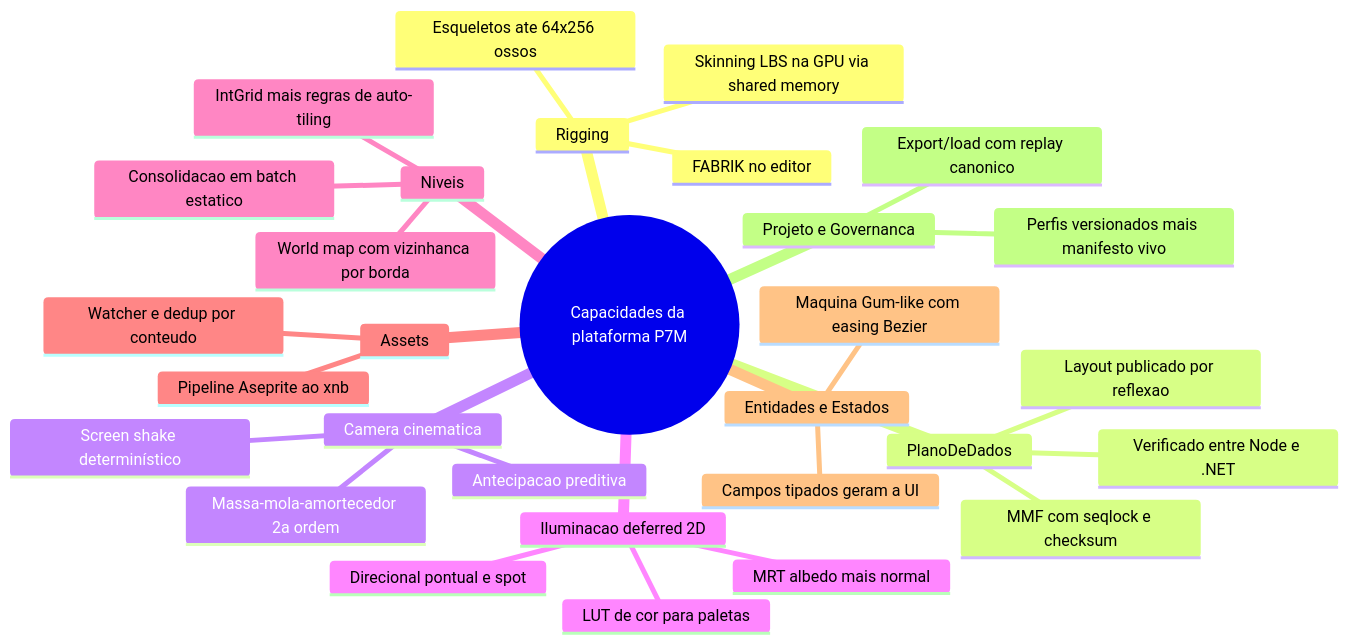
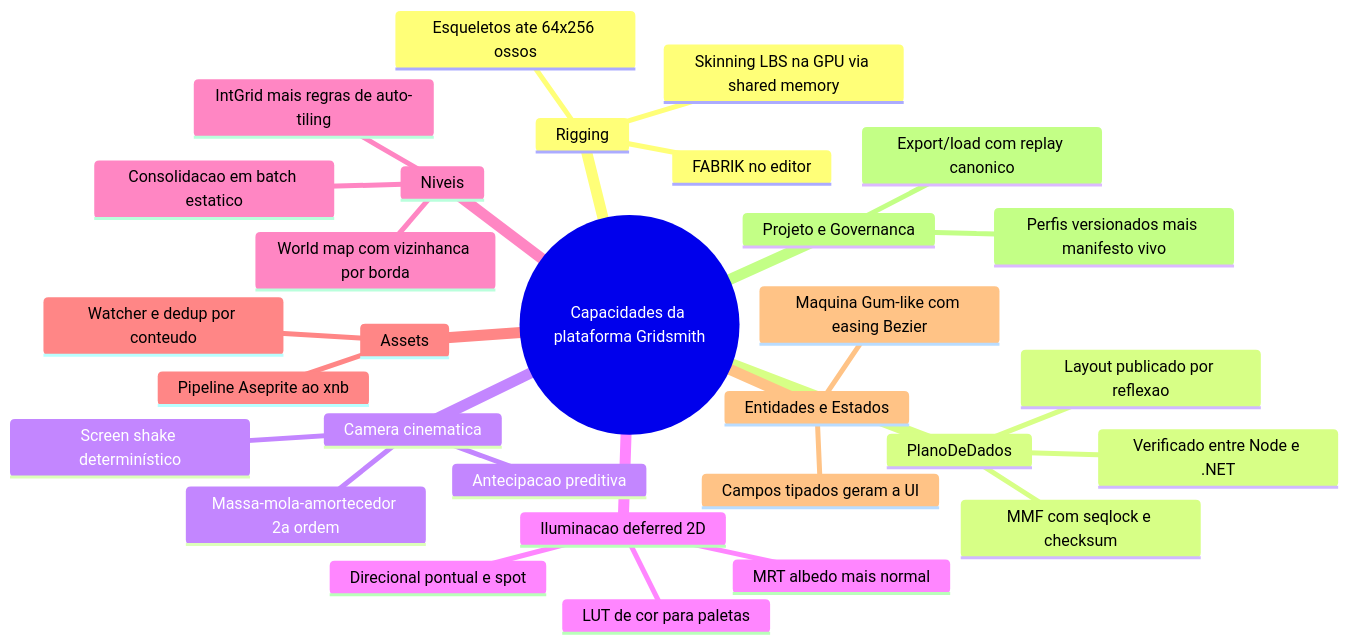
Before and after one commit to flaviotinococoutinho/Gridsmith: the third of 4 diagrams in docs/PRODUCT.md, drawn with Mermaid. The commit also changed other lines of this file and 220 other files, not shown here.

````diff
--- a/docs/PRODUCT.md
+++ b/docs/PRODUCT.md
@@ -110,33 +110,33 @@
 ```mermaid
 mindmap
-  root(("Capacidades da plataforma P7M"))
+  root(("Capacidades da plataforma Gridsmith"))
     Rigging
       Esqueletos ate 64x256 ossos
       Skinning LBS na GPU via shared memory
       FABRIK no editor
     PlanoDeDados
       MMF com seqlock e checksum
       Verificado entre Node e .NET
       Layout publicado por reflexao
     Camera cinematica
       Massa-mola-amortecedor 2a ordem
       Antecipacao preditiva
       Screen shake determinístico
     Iluminacao deferred 2D
       MRT albedo mais normal
       Direcional pontual e spot
       LUT de cor para paletas
     Niveis
       IntGrid mais regras de auto-tiling
       Consolidacao em batch estatico
       World map com vizinhanca por borda
     Assets
       Pipeline Aseprite ao xnb
       Watcher e dedup por conteudo
     Entidades e Estados
       Campos tipados geram a UI
       Maquina Gum-like com easing Bezier
     Projeto e Governanca
       Export/load com replay canonico
       Perfis versionados mais manifesto vivo
 ```
````
